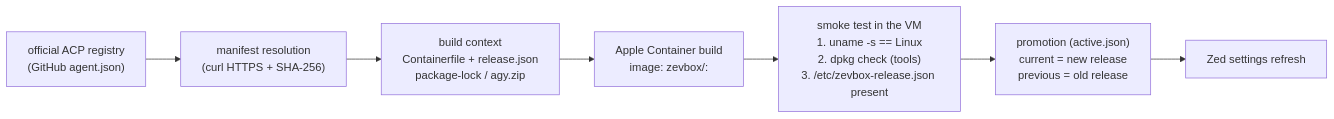
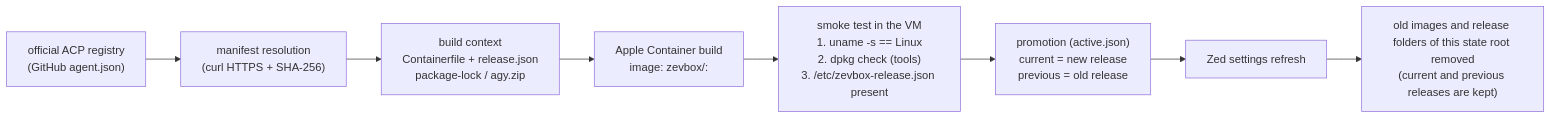
The sixth of 8 diagrams in docs/ARCHITECTURE.md (brainztorm/zevbox), drawn with Mermaid before and after one commit. The commit also changed other lines of this file and 12 other files, not shown here.

````diff
--- a/docs/ARCHITECTURE.md
+++ b/docs/ARCHITECTURE.md
@@ -254,9 +260,10 @@
 ```mermaid
 flowchart LR
     Registry["official ACP registry\n(GitHub agent.json)"] --> Fetch["manifest resolution\n(curl HTTPS + SHA-256)"]
     Fetch --> Prepare["build context\nContainerfile + release.json\npackage-lock / agy.zip"]
     Prepare --> Build["Apple Container build\nimage: zevbox/<agent>:<id>"]
     Build --> Smoke["smoke test in the VM\n1. uname -s == Linux\n2. dpkg check (tools)\n3. /etc/zevbox-release.json present"]
     Smoke --> Promote["promotion (active.json)\ncurrent = new release\nprevious = old release"]
     Promote --> ZedSync["Zed settings refresh"]
+    ZedSync --> Prune["old images and release folders of this state root removed\n(current and previous releases are kept)"]
 ```
````
